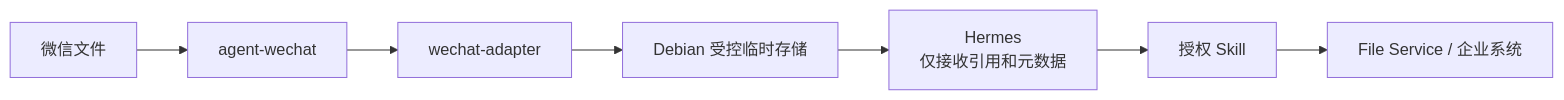
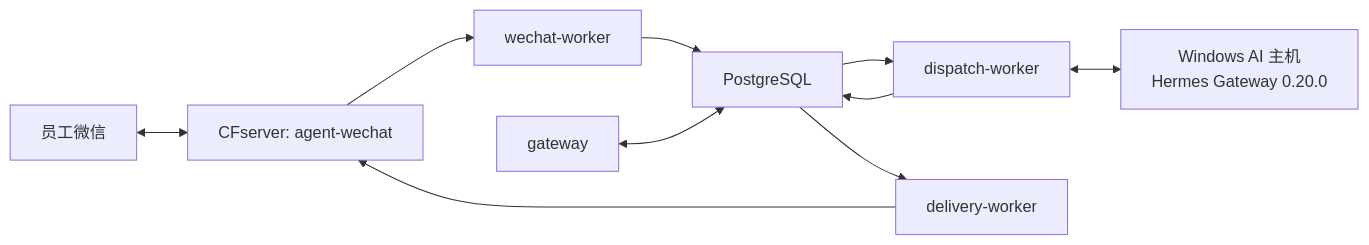
Before and after one commit to Tangbohu09527/CF_ecommerce-automation-docs: the first of 2 diagrams in architecture/wechat-hermes-integration.md, drawn with Mermaid. The commit also changed other lines of this file and 15 other files, not shown here.

Commit message:
docs: sync WeChat gateway production architecture and status

````diff
--- a/architecture/wechat-hermes-integration.md
+++ b/architecture/wechat-hermes-integration.md
@@ -191,9 +11,12 @@
 ```mermaid
 flowchart LR
-    F["微信文件"] --> A["agent-wechat"]
-    A --> W["wechat-adapter"]
-    W --> T["Debian 受控临时存储"]
-    T --> H["Hermes<br/>仅接收引用和元数据"]
-    H --> S["授权 Skill"]
-    S --> X["File Service / 企业系统"]
+    E["员工微信"] <--> AW["CFserver: agent-wechat"]
+    AW --> WW["wechat-worker"]
+    WW --> PG["PostgreSQL"]
+    G["gateway"] <--> PG
+    PG --> DW["dispatch-worker"]
+    DW <--> H["Windows AI 主机<br/>Hermes Gateway 0.20.0"]
+    DW --> PG
+    PG --> DLW["delivery-worker"]
+    DLW --> AW
 ```
````
